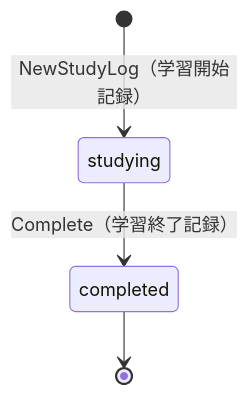
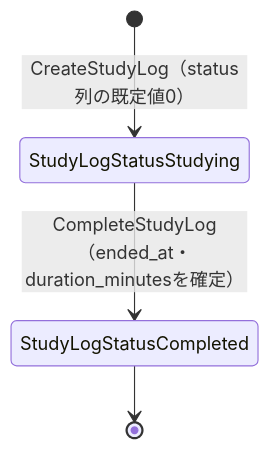
One commit to yuta20253/edu-platform-go-design changed the second of 5 diagrams in 計画書/Go実装仕様書/学習ログ機能_Go実装仕様書.md. Above: the diagram before and after it, drawn with Mermaid. The commit also changed other lines of this file, not shown here.

````diff
--- a/計画書/Go実装仕様書/学習ログ機能_Go実装仕様書.md
+++ b/計画書/Go実装仕様書/学習ログ機能_Go実装仕様書.md
@@ -239,6 +256,6 @@
 ```mermaid
 stateDiagram-v2
-    [*] --> studying : NewStudyLog（学習開始記録）
-    studying --> completed : Complete（学習終了記録）
-    completed --> [*]
+    [*] --> StudyLogStatusStudying : CreateStudyLog（status列の既定値0）
+    StudyLogStatusStudying --> StudyLogStatusCompleted : CompleteStudyLog<br/>（ended_at・duration_minutesを確定）
+    StudyLogStatusCompleted --> [*]
 ```
````
